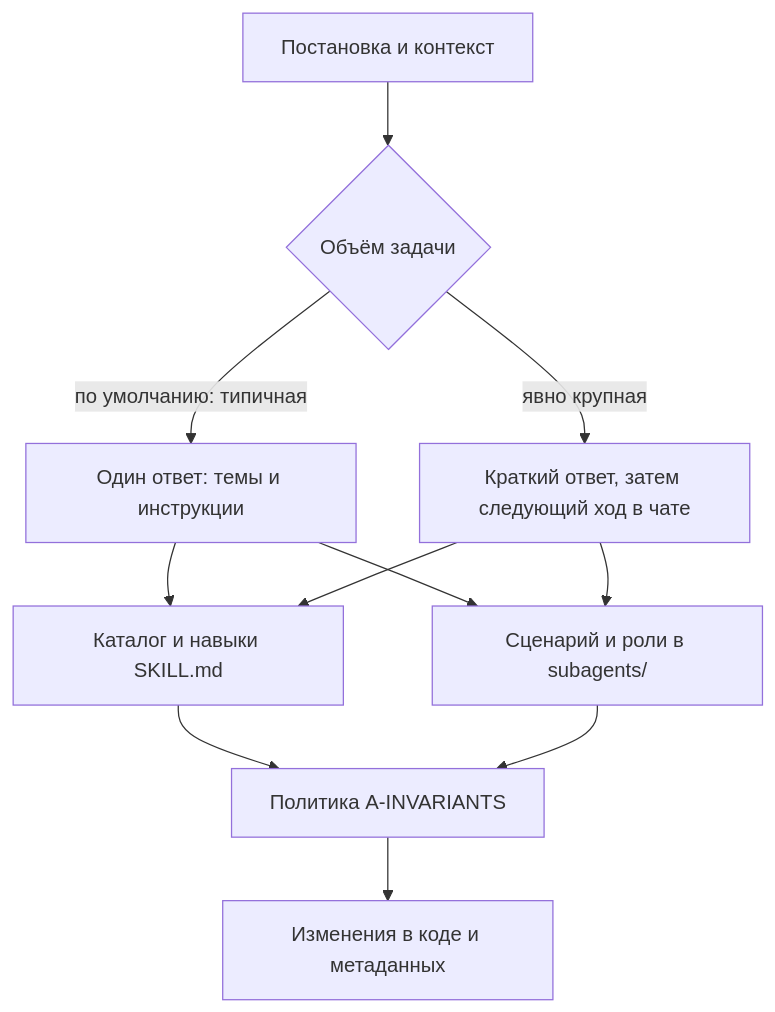
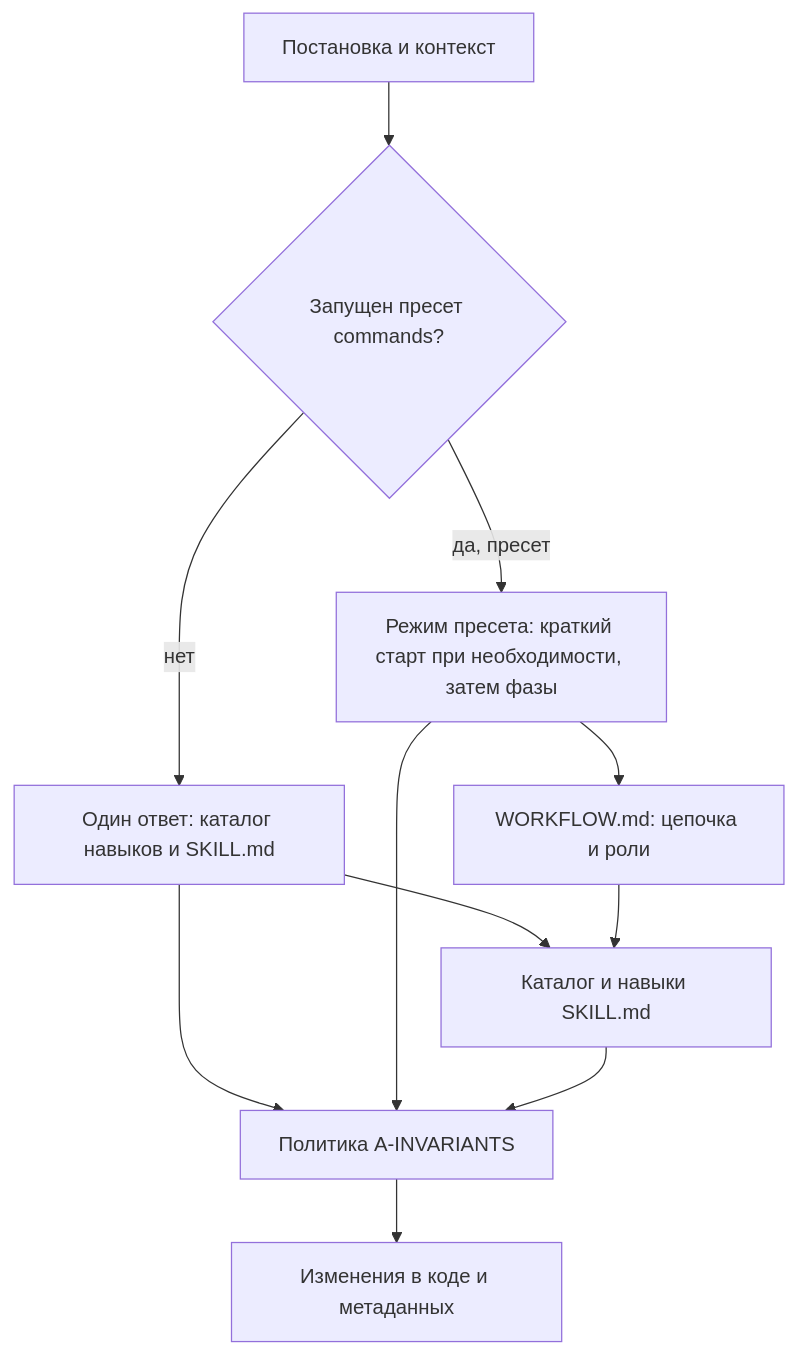
One commit to Mempemp/Pauk_1C changed the diagram in README.md. Above: the diagram before and after it, drawn with Mermaid. The commit also changed other lines of this file and 10 other files, not shown here.

First line of the commit message:
Remove route scale; presets drive multi-step flows

````diff
--- a/README.md
+++ b/README.md
@@ -28,13 +28,13 @@
 ```mermaid
 flowchart TB
-  A[Постановка и контекст] --> S{Объём задачи}
-  S -->|по умолчанию: типичная| T1[Один ответ: темы и инструкции]
-  S -->|явно крупная| T2[Краткий ответ, затем следующий ход в чате]
+  A[Постановка и контекст] --> S{Запущен пресет commands?}
+  S -->|нет| T1[Один ответ: каталог навыков и SKILL.md]
+  S -->|да, пресет| T2[Режим пресета: краткий старт при необходимости, затем фазы]
   T1 --> C[Каталог и навыки SKILL.md]
-  T2 --> C
-  T1 --> W[Сценарий и роли в subagents/]
-  T2 --> W
-  C --> P[Политика A-INVARIANTS]
-  W --> P
+  T2 --> W[WORKFLOW.md: цепочка и роли]
+  W --> C
+  T1 --> P[Политика A-INVARIANTS]
+  T2 --> P
+  C --> P
   P --> E[Изменения в коде и метаданных]
 ```
````
